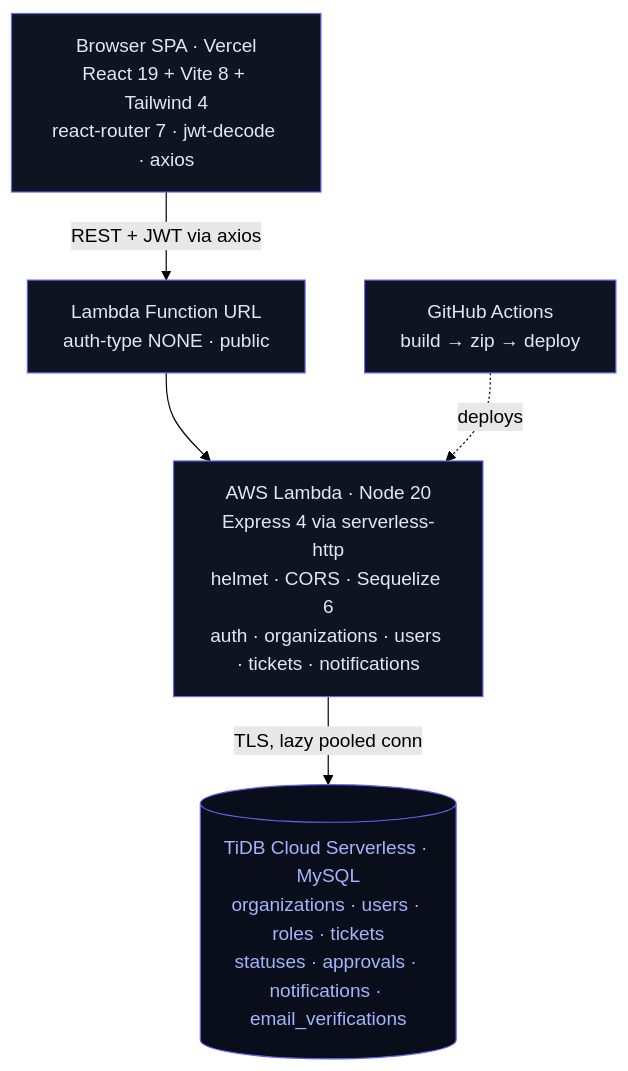
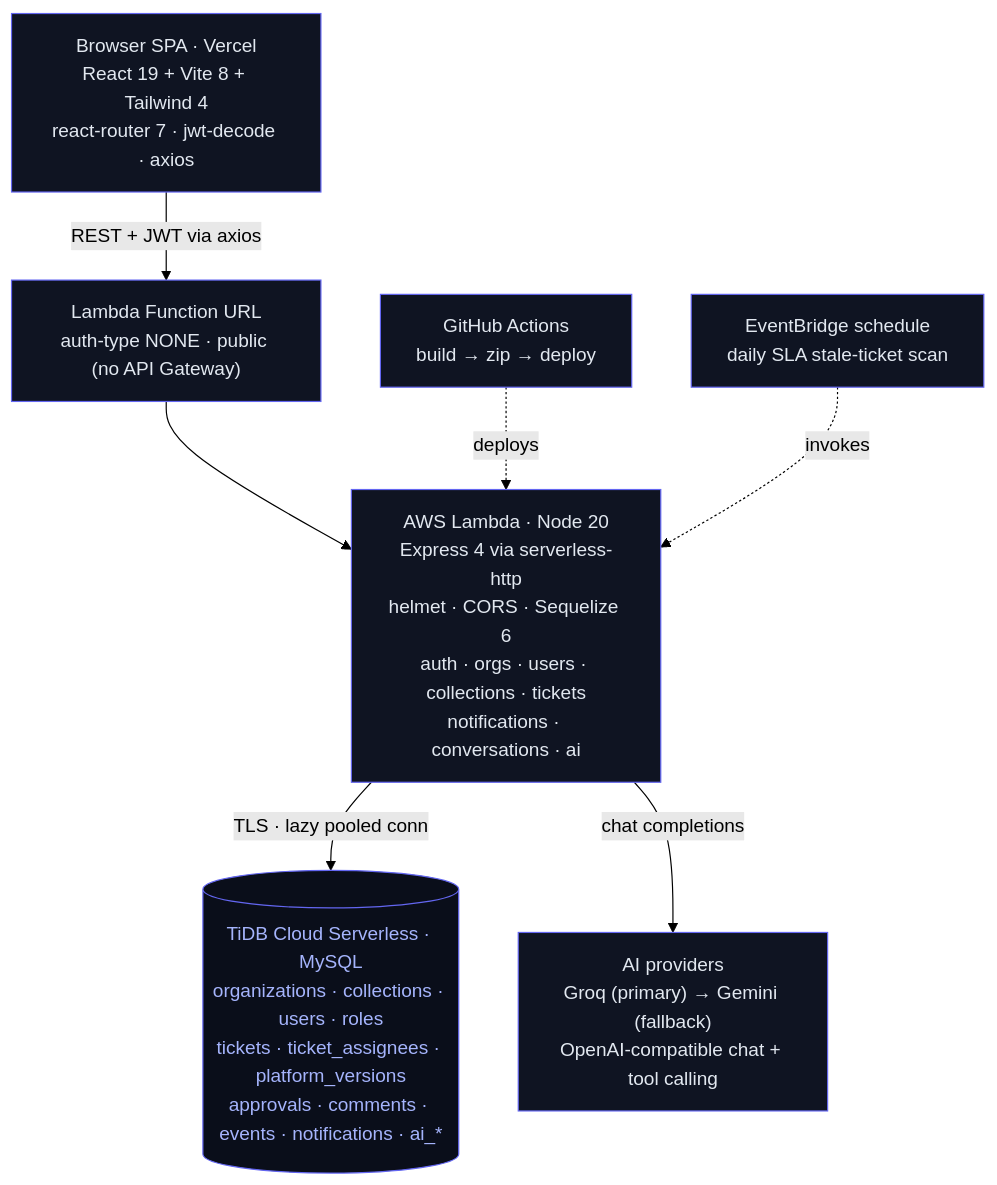
The first of 6 diagrams in README.md (Asciente-rks/service-ticket-system), drawn with Mermaid (forest theme) before and after one commit. The commit also changed other lines of this file, not shown here.

First line of the commit message:
docs: rewrite README for current NexusTrack architecture

````diff
--- a/README.md
+++ b/README.md
@@ -64,18 +69,22 @@
 ```mermaid
 graph TB
     Browser["Browser SPA · Vercel<br/>React 19 + Vite 8 + Tailwind 4<br/>react-router 7 · jwt-decode · axios"]
-    URL["Lambda Function URL<br/>auth-type NONE · public"]
-    Lambda["AWS Lambda · Node 20<br/>Express 4 via serverless-http<br/>helmet · CORS · Sequelize 6<br/>auth · organizations · users · tickets · notifications"]
-    TiDB[("TiDB Cloud Serverless · MySQL<br/>organizations · users · roles · tickets<br/>statuses · approvals · notifications · email_verifications")]
+    URL["Lambda Function URL<br/>auth-type NONE · public (no API Gateway)"]
+    Lambda["AWS Lambda · Node 20<br/>Express 4 via serverless-http<br/>helmet · CORS · Sequelize 6<br/>auth · orgs · users · collections · tickets<br/>notifications · conversations · ai"]
+    AI["AI providers<br/>Groq (primary) → Gemini (fallback)<br/>OpenAI-compatible chat + tool calling"]
+    TiDB[("TiDB Cloud Serverless · MySQL<br/>organizations · collections · users · roles<br/>tickets · ticket_assignees · platform_versions<br/>approvals · comments · events · notifications · ai_*")]
     Actions["GitHub Actions<br/>build → zip → deploy"]
+    Cron["EventBridge schedule<br/>daily SLA stale-ticket scan"]
 
     Browser -->|REST + JWT via axios| URL
     URL --> Lambda
-    Lambda -->|TLS, lazy pooled conn| TiDB
+    Lambda -->|TLS · lazy pooled conn| TiDB
+    Lambda -->|chat completions| AI
     Actions -.deploys.-> Lambda
+    Cron -.invokes.-> Lambda
 
     classDef edge fill:#0f1422,stroke:#6366f1,color:#e2e8f0
     classDef store fill:#0a0e1a,stroke:#6366f1,color:#a5b4fc
-    class Browser,URL,Lambda,Actions edge
+    class Browser,URL,Lambda,AI,Actions,Cron edge
     class TiDB store
 ```
````
